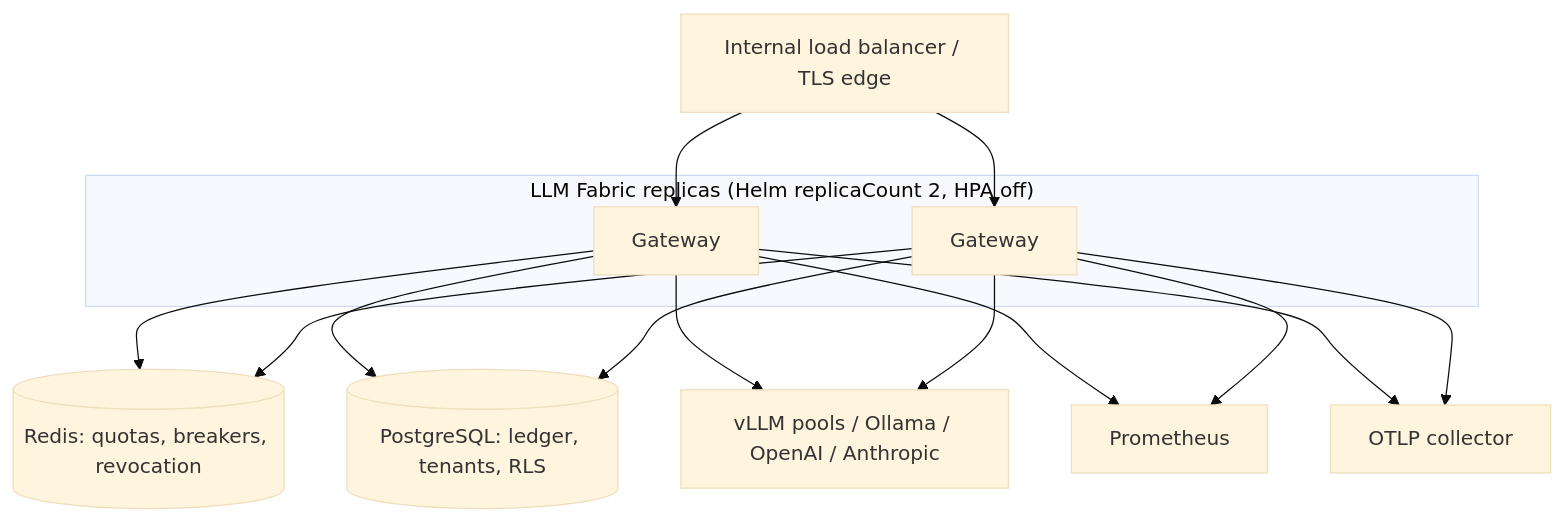
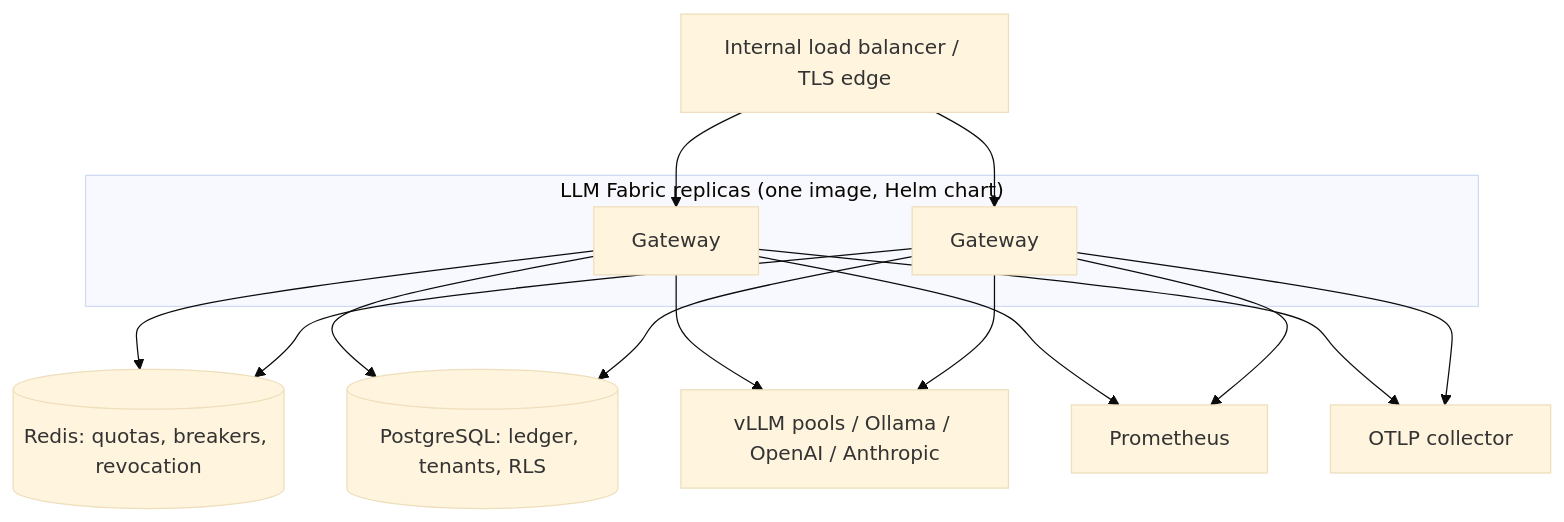
Before and after one commit to officialanubhavbhatia/llm-fabric: the second of 2 diagrams in README.md, drawn with Mermaid (base theme). The commit also changed other lines of this file and 42 other files, not shown here.

First line of the commit message:
Ship one cloud-neutral Fabric image and Helm chart

````diff
--- a/README.md
+++ b/README.md
@@ -1220,26 +1288,26 @@
 ```mermaid
 flowchart TB
     LB[Internal load balancer / TLS edge]
-    subgraph Fabric["LLM Fabric replicas (Helm replicaCount 2, HPA off)"]
+    subgraph Fabric["LLM Fabric replicas (one image, Helm chart)"]
       API1[Gateway]
       API2[Gateway]
     end
     Redis[(Redis: quotas, breakers, revocation)]
     PG[(PostgreSQL: ledger, tenants, RLS)]
     Prom[Prometheus]
     OTel[OTLP collector]
     Models[vLLM pools / Ollama / OpenAI / Anthropic]
 
     LB --> API1
     LB --> API2
     API1 --> Redis
     API2 --> Redis
     API1 --> PG
     API2 --> PG
     API1 --> Models
     API2 --> Models
     API1 --> Prom
     API2 --> Prom
     API1 --> OTel
     API2 --> OTel
 ```
````
